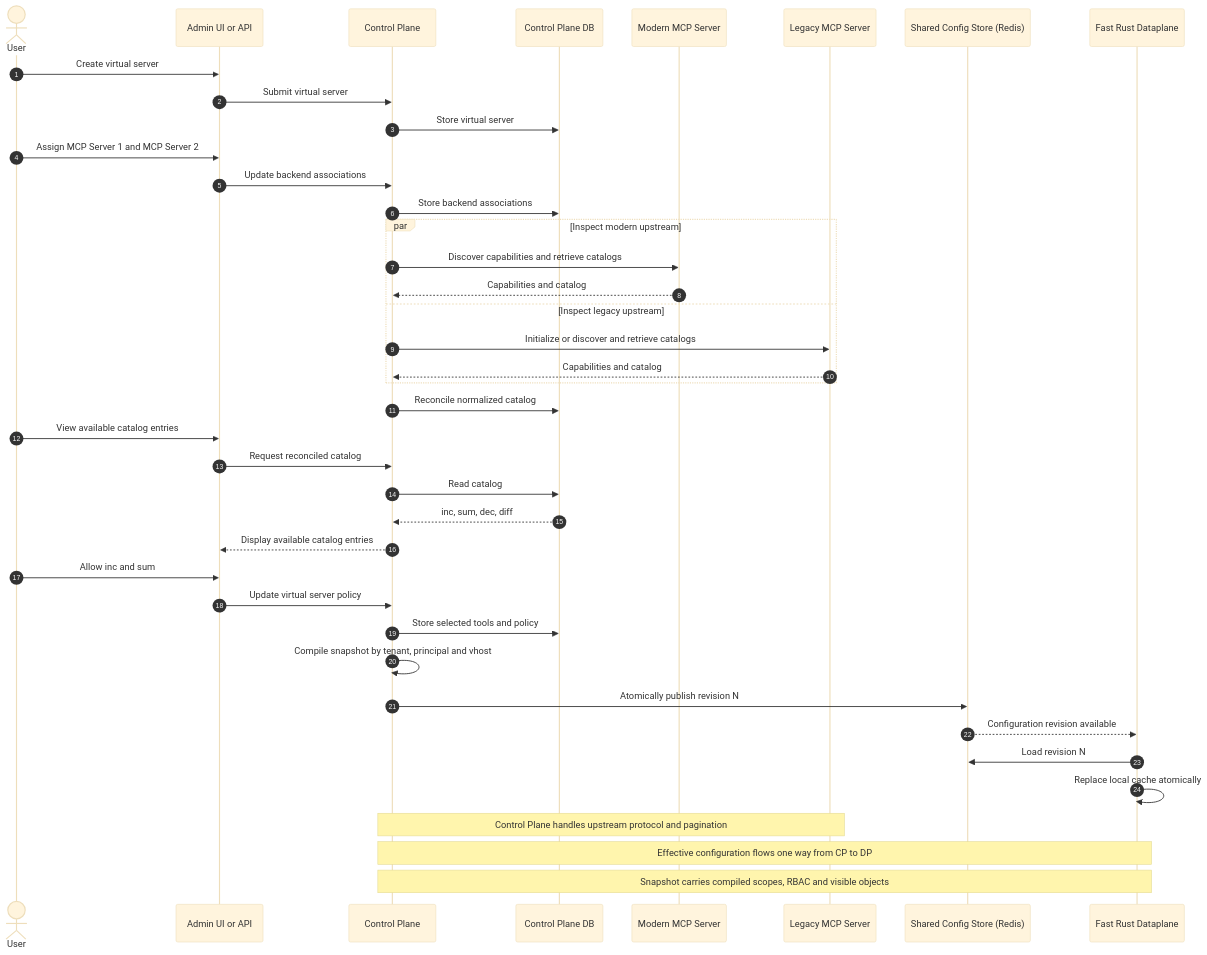
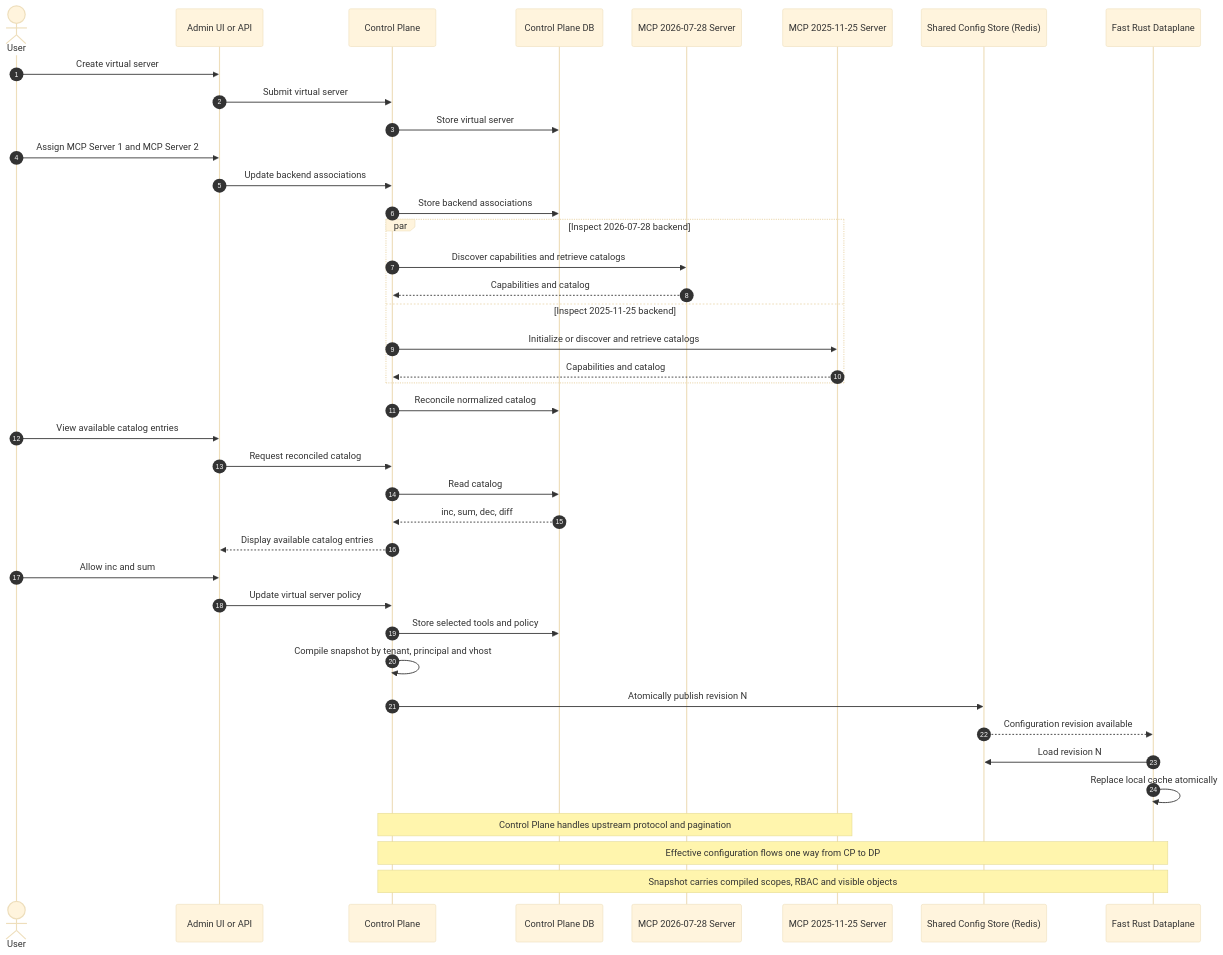
Before and after one commit to contextforge-gateway-rs/contextforge-gateway-rs: the second of 5 diagrams in _context/wiki/mcp-capability-allocation.md, drawn with Mermaid (base theme). The commit also changed other lines of this file and 5 other files, not shown here.

````diff
--- a/_context/wiki/mcp-capability-allocation.md
+++ b/_context/wiki/mcp-capability-allocation.md
@@ -170,49 +201,49 @@
 ```mermaid
 sequenceDiagram
     autonumber
     actor User
     participant UI as Admin UI or API
     participant CP as Control Plane
     participant DB as Control Plane DB
-    participant MCP1 as Modern MCP Server
-    participant MCP2 as Legacy MCP Server
+    participant MCP1 as MCP 2026-07-28 Server
+    participant MCP2 as MCP 2025-11-25 Server
     participant Store as Shared Config Store (Redis)
     participant DP as Fast Rust Dataplane
 
     User->>UI: Create virtual server
     UI->>CP: Submit virtual server
     CP->>DB: Store virtual server
 
     User->>UI: Assign MCP Server 1 and MCP Server 2
     UI->>CP: Update backend associations
     CP->>DB: Store backend associations
 
-    par Inspect modern upstream
+    par Inspect 2026-07-28 backend
         CP->>MCP1: Discover capabilities and retrieve catalogs
         MCP1-->>CP: Capabilities and catalog
-    and Inspect legacy upstream
+    and Inspect 2025-11-25 backend
         CP->>MCP2: Initialize or discover and retrieve catalogs
         MCP2-->>CP: Capabilities and catalog
     end
 
     CP->>DB: Reconcile normalized catalog
     User->>UI: View available catalog entries
     UI->>CP: Request reconciled catalog
     CP->>DB: Read catalog
     DB-->>CP: inc, sum, dec, diff
     CP-->>UI: Display available catalog entries
 
     User->>UI: Allow inc and sum
     UI->>CP: Update virtual server policy
     CP->>DB: Store selected tools and policy
 
     CP->>CP: Compile snapshot by tenant, principal and vhost
     CP->>Store: Atomically publish revision N
     Store-->>DP: Configuration revision available
     DP->>Store: Load revision N
     DP->>DP: Replace local cache atomically
 
     Note over CP,MCP2: Control Plane handles upstream protocol and pagination
     Note over CP,DP: Effective configuration flows one way from CP to DP
     Note over CP,DP: Snapshot carries compiled scopes, RBAC and visible objects
 ```
````
